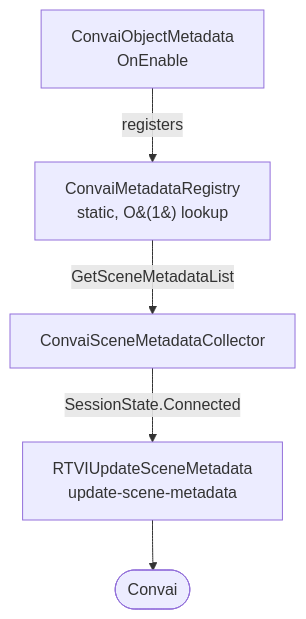
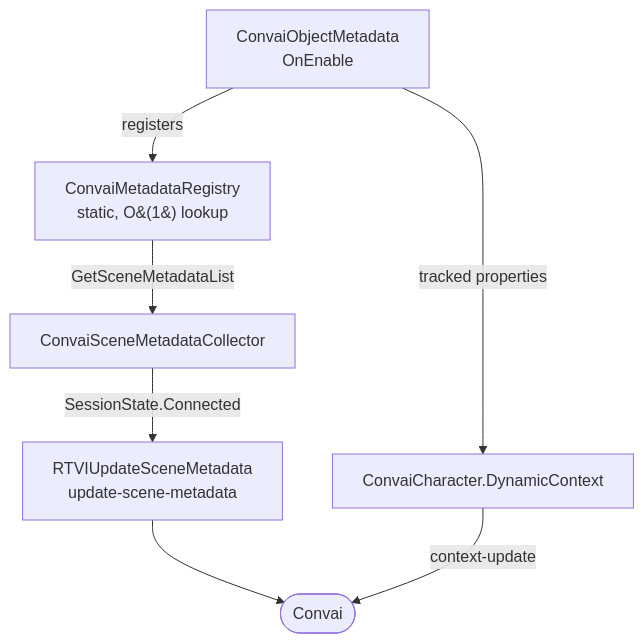
The diagram in plugins-and-integrations/convai-unity-sdk/features/scene-metadata/how-scene-metadata-works.md (Conv-AI/Convai-Documentation), drawn with Mermaid before and after one commit. The commit also changed other lines of this file and 11 other files, not shown here.

````diff
--- a/plugins-and-integrations/convai-unity-sdk/features/scene-metadata/how-scene-metadata-works.md
+++ b/plugins-and-integrations/convai-unity-sdk/features/scene-metadata/how-scene-metadata-works.md
@@ -13,7 +13,9 @@
 ```mermaid
 flowchart TD
     A[ConvaiObjectMetadata\nOnEnable] -->|registers| B[ConvaiMetadataRegistry\nstatic, O&#40;1&#41; lookup]
     B -->|GetSceneMetadataList| C[ConvaiSceneMetadataCollector]
     C -->|SessionState.Connected| D[RTVIUpdateSceneMetadata\nupdate-scene-metadata]
     D --> E([Convai])
+    A -->|tracked properties| F[ConvaiCharacter.DynamicContext]
+    F -->|context-update| E
 ```
````
